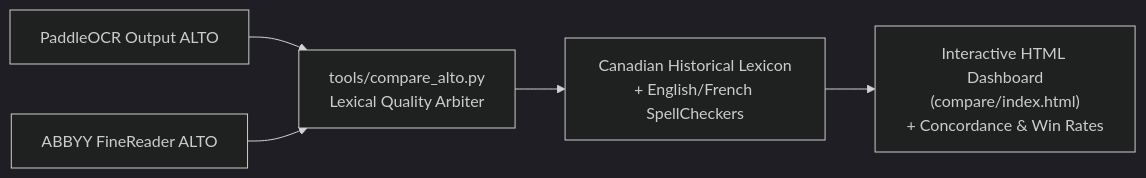
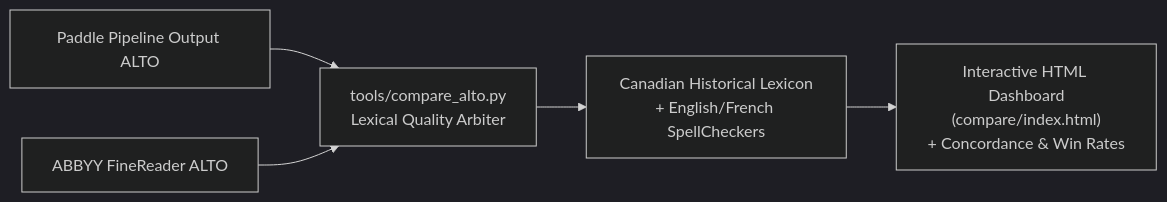
The third of 3 diagrams in README.md (crkn-rcdr/OCR-Tool), drawn with Mermaid (dark theme) before and after one commit. The commit also changed other lines of this file and 1 other file, not shown here.

````diff
--- a/README.md
+++ b/README.md
@@ -315,7 +294,7 @@
 ```mermaid
 flowchart LR
-    PaddleALTO["PaddleOCR Output ALTO"] --> Arbiter["tools/compare_alto.py<br/>Lexical Quality Arbiter"]
+    PaddleALTO["Paddle Pipeline Output ALTO"] --> Arbiter["tools/compare_alto.py<br/>Lexical Quality Arbiter"]
     AbbyyALTO["ABBYY FineReader ALTO"] --> Arbiter
     Arbiter --> Lexicon["Canadian Historical Lexicon<br/>+ English/French SpellCheckers"]
     Lexicon --> Output["Interactive HTML Dashboard<br/>(compare/index.html)<br/>+ Concordance & Win Rates"]
 ```
````
